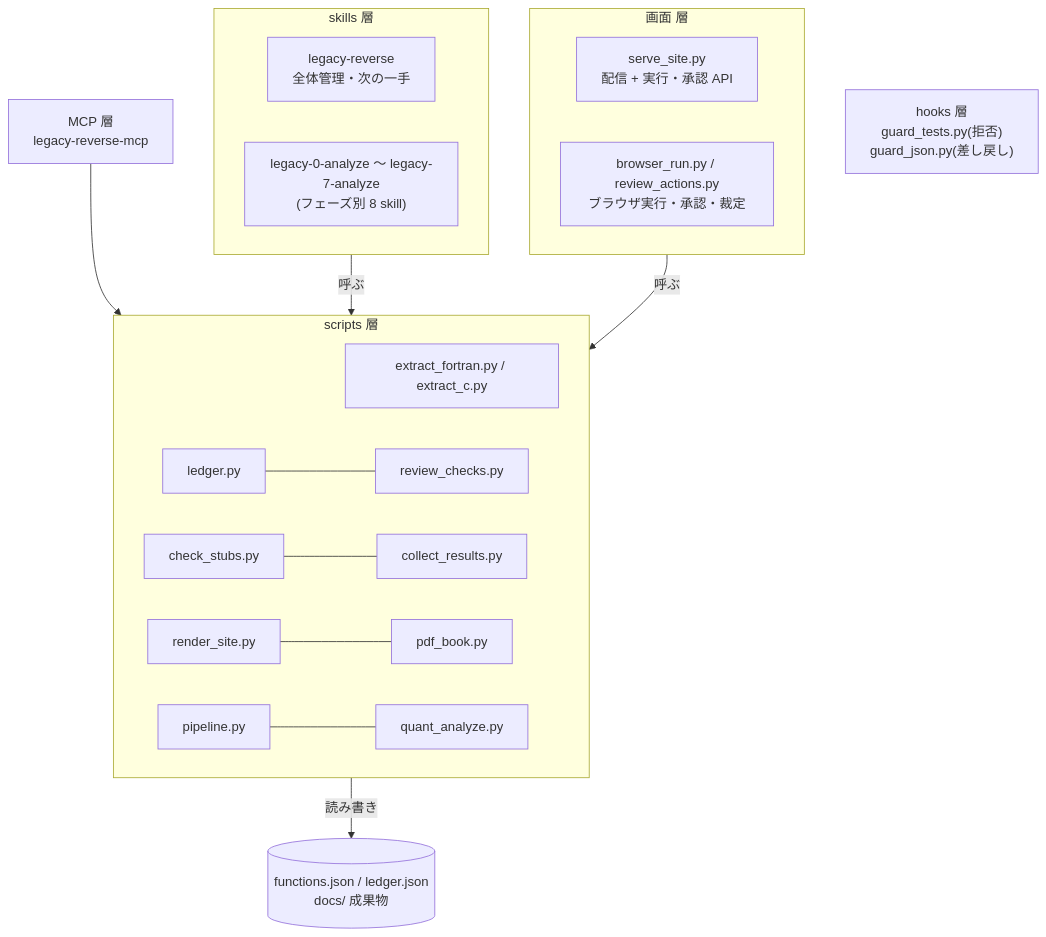
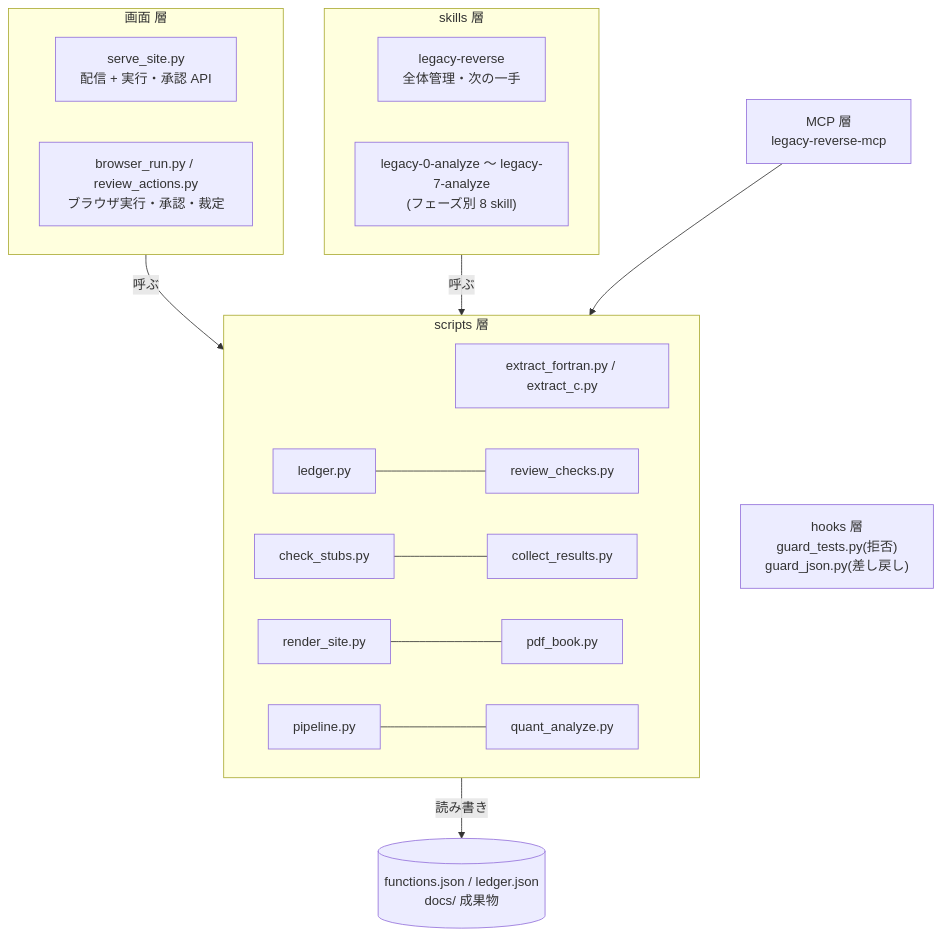
One commit to ctenopoma/skills changed the first of 2 diagrams in docs/legacy-reverse/architecture.qmd. Above: the diagram before and after it, drawn with Mermaid. The commit also changed 11 other files, not shown here.

First line of the commit message:
legacy-reverse: WBSナビバーに「マニュアル」を追加。合本の見切れ図を修正

````diff
--- a/docs/legacy-reverse/architecture.qmd
+++ b/docs/legacy-reverse/architecture.qmd
@@ -11,26 +11,27 @@
 ```{mermaid}
 %%| label: fig-arch-layers
 %%| fig-cap: "skills / scripts / MCP / hooks / 画面の責務分担"
 
 flowchart TB
   subgraph skills["skills 層"]
     P["legacy-reverse<br>全体管理・次の一手"]
     S["legacy-0-analyze 〜 legacy-7-analyze<br>(フェーズ別 8 skill)"]
   end
   subgraph ui["画面 層"]
     SS["serve_site.py<br>配信 + 実行・承認 API"]
     BR["browser_run.py / review_actions.py<br>ブラウザ実行・承認・裁定"]
   end
   subgraph scripts["scripts 層"]
     EX["extract_fortran.py / extract_c.py"]
     LG["ledger.py"] --- RV["review_checks.py"]
     CS["check_stubs.py"] --- CR["collect_results.py"]
     RS["render_site.py"] --- PB["pdf_book.py"]
     PL["pipeline.py"] --- QA["quant_analyze.py"]
   end
   MCP["MCP 層<br>legacy-reverse-mcp"] --> scripts
   HK["hooks 層<br>guard_tests.py(拒否)<br>guard_json.py(差し戻し)"]
+  MCP ~~~ HK
   skills -->|呼ぶ| scripts
   ui -->|呼ぶ| scripts
   scripts -->|読み書き| DATA[("functions.json / ledger.json<br>docs/ 成果物")]
 ```
````
